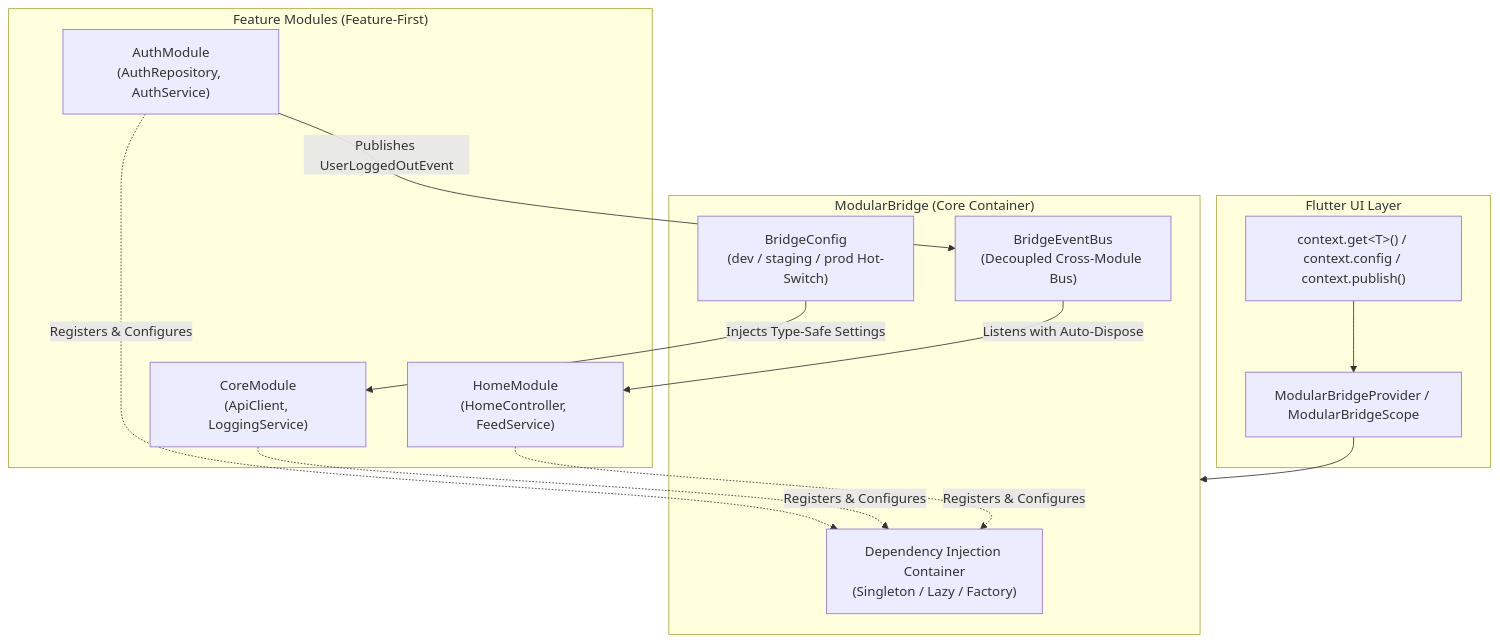
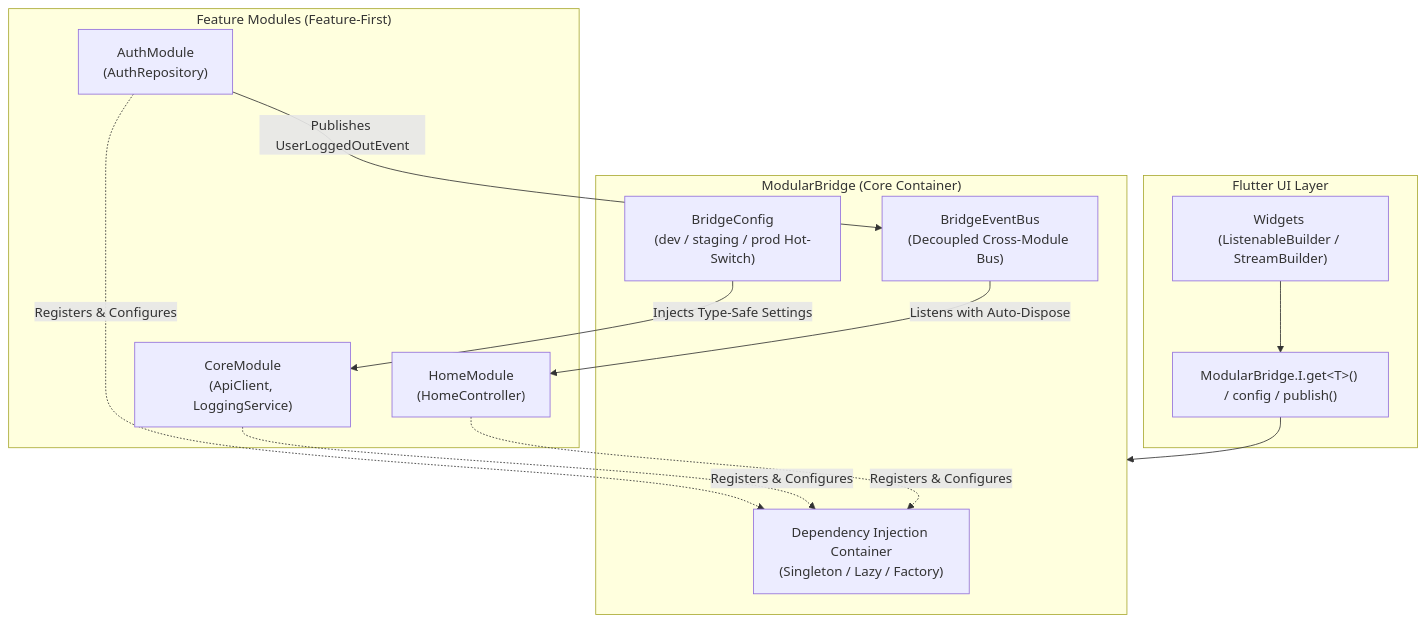
Before and after one commit to NefAnyo71/modular_bridge: the diagram in README.md, drawn with Mermaid. The commit also changed other lines of this file and 14 other files, not shown here.

````diff
--- a/README.md
+++ b/README.md
@@ -58,28 +58,28 @@
 ```mermaid
 flowchart TD
     subgraph UI_Layer["Flutter UI Layer"]
-        Scope["ModularBridgeProvider / ModularBridgeScope"]
-        ContextExt["context.get&lt;T&gt;() / context.config / context.publish()"]
+        Widgets["Widgets (ListenableBuilder / StreamBuilder)"]
+        Direct["ModularBridge.I.get&lt;T&gt;() / config / publish()"]
     end
 
     subgraph Container["ModularBridge (Core Container)"]
         DI["Dependency Injection Container\n(Singleton / Lazy / Factory)"]
         Config["BridgeConfig\n(dev / staging / prod Hot-Switch)"]
         Bus["BridgeEventBus\n(Decoupled Cross-Module Bus)"]
     end
 
     subgraph Modules["Feature Modules (Feature-First)"]
         CoreMod["CoreModule\n(ApiClient, LoggingService)"]
-        AuthMod["AuthModule\n(AuthRepository, AuthService)"]
-        HomeMod["HomeModule\n(HomeController, FeedService)"]
+        AuthMod["AuthModule\n(AuthRepository)"]
+        HomeMod["HomeModule\n(HomeController)"]
     end
 
-    Scope --> Container
-    ContextExt --> Scope
+    Widgets --> Direct
+    Direct --> Container
     CoreMod -.->|"Registers & Configures"| DI
     AuthMod -.->|"Registers & Configures"| DI
     HomeMod -.->|"Registers & Configures"| DI
     AuthMod -->|"Publishes UserLoggedOutEvent"| Bus
     Bus -->|"Listens with Auto-Dispose"| HomeMod
     Config -->|"Injects Type-Safe Settings"| CoreMod
 ```
````
